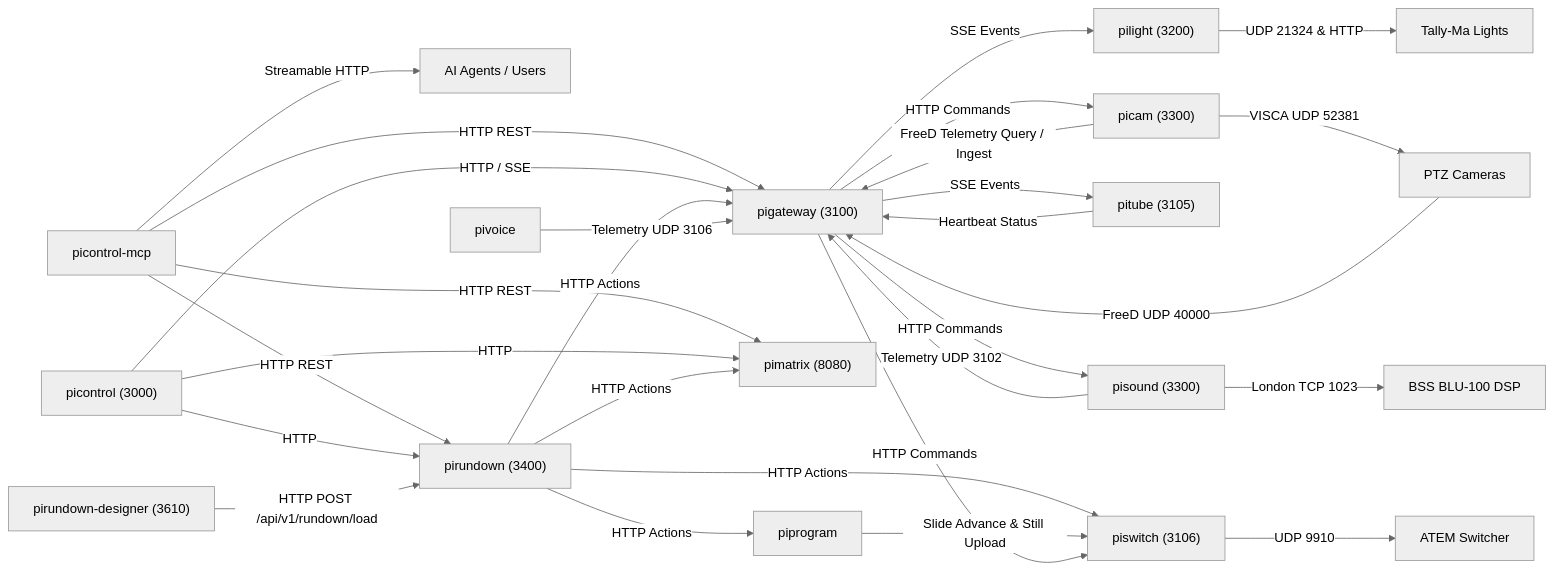
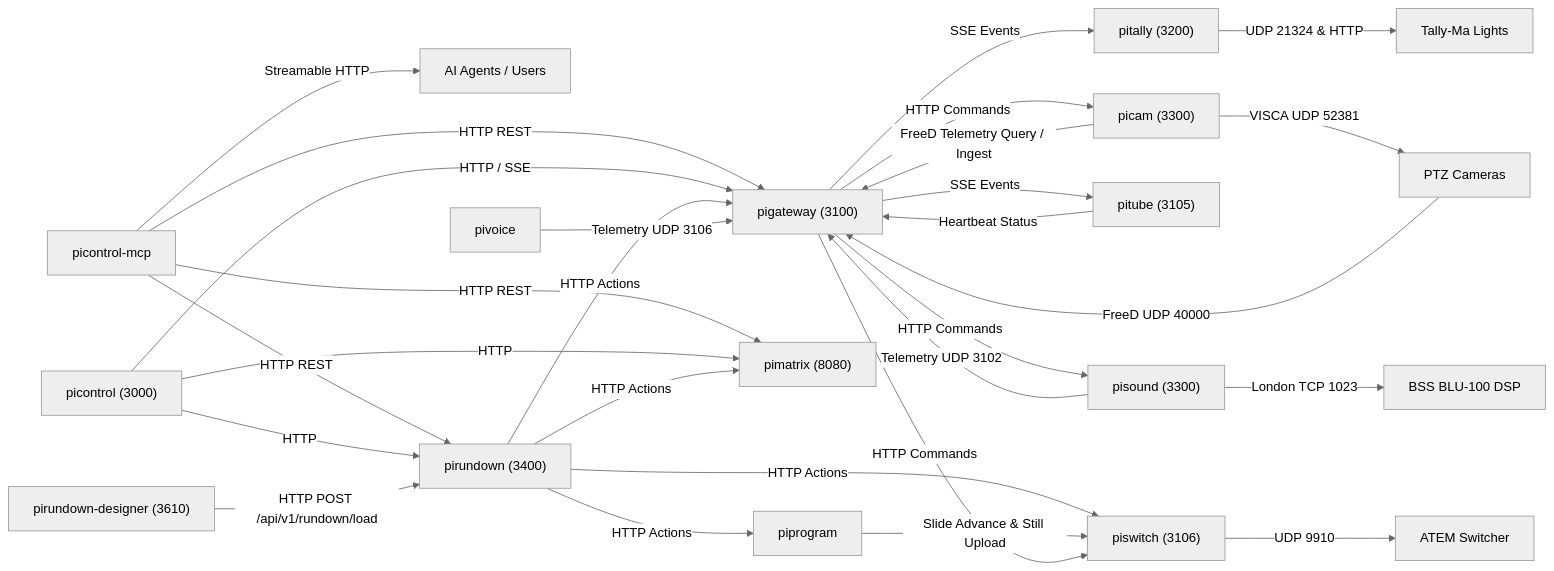
One commit to jsilvanus/piecosystem changed the diagram in docs/inter-service-matrix.md. Above: the diagram before and after it, drawn with Mermaid (neutral theme). The commit also changed other lines of this file and 10 other files, not shown here.

First line of the commit message:
Rename pilight to pitally

````diff
--- a/docs/inter-service-matrix.md
+++ b/docs/inter-service-matrix.md
@@ -54,38 +54,38 @@
 ```mermaid
 graph LR
     MCP["picontrol-mcp"] -->|Streamable HTTP| OPERATOR["AI Agents / Users"]
     MCP -->|HTTP REST| PIGATEWAY["pigateway (3100)"]
     MCP -->|HTTP REST| PIRUNDOWN["pirundown (3400)"]
     MCP -->|HTTP REST| PIMATRIX["pimatrix (8080)"]
 
     PICONTROL["picontrol (3000)"] -->|HTTP / SSE| PIGATEWAY
     PICONTROL -->|HTTP| PIRUNDOWN
     PICONTROL -->|HTTP| PIMATRIX
 
     DESIGNER["pirundown-designer (3610)"] -->|HTTP POST /api/v1/rundown/load| PIRUNDOWN
 
     PIRUNDOWN -->|HTTP Actions| PIGATEWAY
     PIRUNDOWN -->|HTTP Actions| PIMATRIX
     PIRUNDOWN -->|HTTP Actions| PISWITCH["piswitch (3106)"]
     PIRUNDOWN -->|HTTP Actions| PIPROGRAM["piprogram"]
 
     PIPROGRAM -->|Slide Advance & Still Upload| PISWITCH
 
-    PIGATEWAY -->|SSE Events| PILIGHT["pilight (3200)"]
+    PIGATEWAY -->|SSE Events| PITALLY["pitally (3200)"]
     PIGATEWAY -->|SSE Events| PITUBE["pitube (3105)"]
     PIGATEWAY -->|HTTP Commands| PICAM["picam (3300)"]
     PIGATEWAY -->|HTTP Commands| PISOUND["pisound (3300)"]
     PIGATEWAY -->|HTTP Commands| PISWITCH
 
     PICAM -->|FreeD Telemetry Query / Ingest| PIGATEWAY
     CAMS["PTZ Cameras"] -->|FreeD UDP 40000| PIGATEWAY
 
     PITUBE -->|Heartbeat Status| PIGATEWAY
     PIVOICE["pivoice"] -->|Telemetry UDP 3106| PIGATEWAY
     PISOUND -->|Telemetry UDP 3102| PIGATEWAY
 
     PICAM -->|VISCA UDP 52381| CAMS["PTZ Cameras"]
     PISOUND -->|London TCP 1023| BSS["BSS BLU-100 DSP"]
     PISWITCH -->|UDP 9910| ATEM["ATEM Switcher"]
-    PILIGHT -->|UDP 21324 & HTTP| TALLIES["Tally-Ma Lights"]
+    PITALLY -->|UDP 21324 & HTTP| TALLIES["Tally-Ma Lights"]
 ```
````
